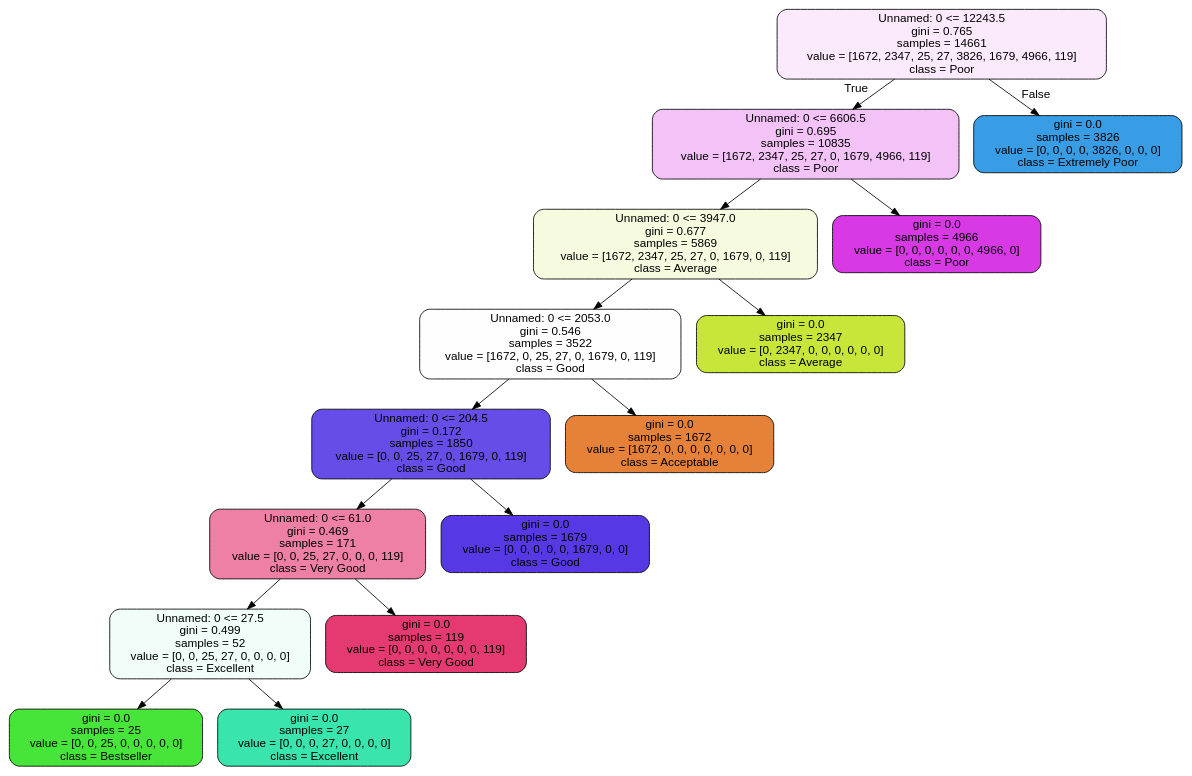
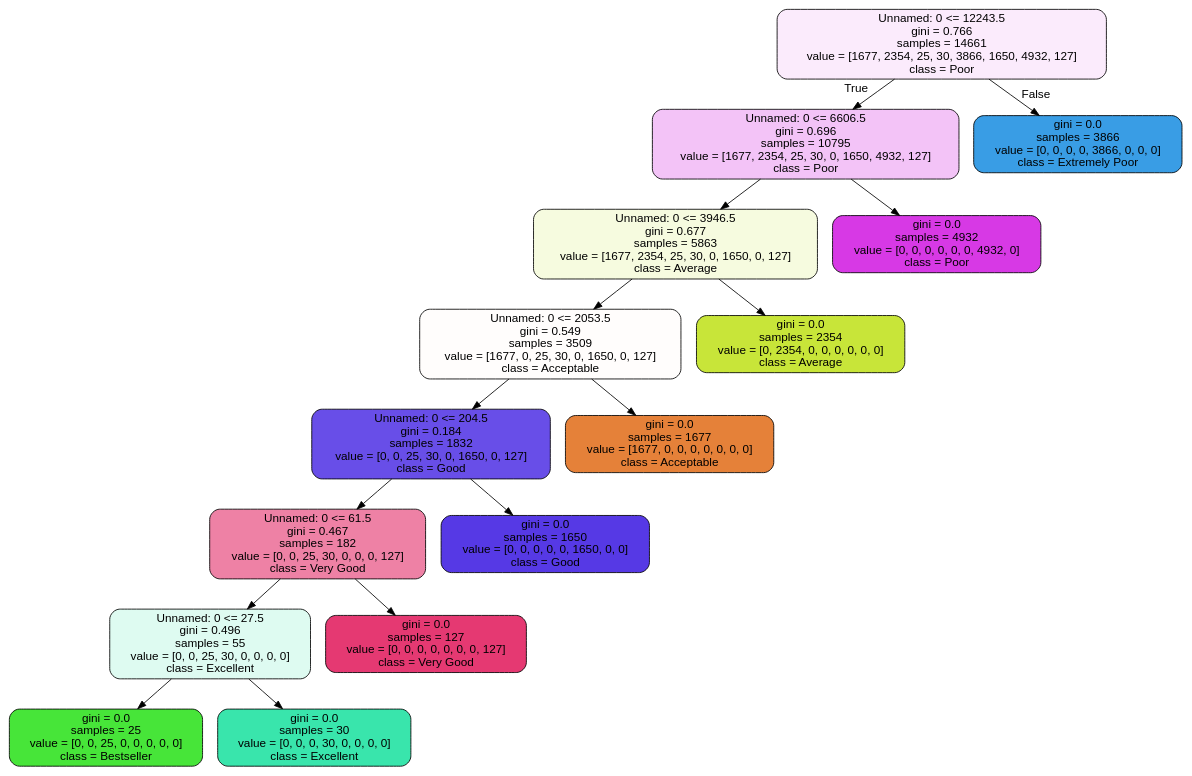
One commit to Arkiralor/MachineLearning changed the diagram in graphviz/vgsale_tree.dot. Above: the diagram before and after it, drawn with Graphviz. The commit also changed 3 other files, not shown here.

```diff
--- a/graphviz/vgsale_tree.dot
+++ b/graphviz/vgsale_tree.dot
@@ -1,33 +1,33 @@
 digraph Tree {
 node [shape=box, style="filled, rounded", color="black", fontname="helvetica"] ;
 edge [fontname="helvetica"] ;
-0 [label="Unnamed: 0 <= 12243.5\ngini = 0.765\nsamples = 14661\nvalue = [1672, 2347, 25, 27, 3826, 1679, 4966, 119]\nclass = Poor", fillcolor="#fbeafc"] ;
-1 [label="Unnamed: 0 <= 6606.5\ngini = 0.695\nsamples = 10835\nvalue = [1672, 2347, 25, 27, 0, 1679, 4966, 119]\nclass = Poor", fillcolor="#f3c2f7"] ;
+0 [label="Unnamed: 0 <= 12243.5\ngini = 0.766\nsamples = 14661\nvalue = [1677, 2354, 25, 30, 3866, 1650, 4932, 127]\nclass = Poor", fillcolor="#fbebfc"] ;
+1 [label="Unnamed: 0 <= 6606.5\ngini = 0.696\nsamples = 10795\nvalue = [1677, 2354, 25, 30, 0, 1650, 4932, 127]\nclass = Poor", fillcolor="#f3c3f7"] ;
 0 -> 1 [labeldistance=2.5, labelangle=45, headlabel="True"] ;
-2 [label="Unnamed: 0 <= 3947.0\ngini = 0.677\nsamples = 5869\nvalue = [1672, 2347, 25, 27, 0, 1679, 0, 119]\nclass = Average", fillcolor="#f6fbdf"] ;
+2 [label="Unnamed: 0 <= 3946.5\ngini = 0.677\nsamples = 5863\nvalue = [1677, 2354, 25, 30, 0, 1650, 0, 127]\nclass = Average", fillcolor="#f6fbdf"] ;
 1 -> 2 ;
-3 [label="Unnamed: 0 <= 2053.0\ngini = 0.546\nsamples = 3522\nvalue = [1672, 0, 25, 27, 0, 1679, 0, 119]\nclass = Good", fillcolor="#fefeff"] ;
+3 [label="Unnamed: 0 <= 2053.5\ngini = 0.549\nsamples = 3509\nvalue = [1677, 0, 25, 30, 0, 1650, 0, 127]\nclass = Acceptable", fillcolor="#fffdfc"] ;
 2 -> 3 ;
-4 [label="Unnamed: 0 <= 204.5\ngini = 0.172\nsamples = 1850\nvalue = [0, 0, 25, 27, 0, 1679, 0, 119]\nclass = Good", fillcolor="#674de8"] ;
+4 [label="Unnamed: 0 <= 204.5\ngini = 0.184\nsamples = 1832\nvalue = [0, 0, 25, 30, 0, 1650, 0, 127]\nclass = Good", fillcolor="#684ee8"] ;
 3 -> 4 ;
-5 [label="Unnamed: 0 <= 61.0\ngini = 0.469\nsamples = 171\nvalue = [0, 0, 25, 27, 0, 0, 0, 119]\nclass = Very Good", fillcolor="#ee80a5"] ;
+5 [label="Unnamed: 0 <= 61.5\ngini = 0.467\nsamples = 182\nvalue = [0, 0, 25, 30, 0, 0, 0, 127]\nclass = Very Good", fillcolor="#ee81a5"] ;
 4 -> 5 ;
-6 [label="Unnamed: 0 <= 27.5\ngini = 0.499\nsamples = 52\nvalue = [0, 0, 25, 27, 0, 0, 0, 0]\nclass = Excellent", fillcolor="#f0fdf9"] ;
+6 [label="Unnamed: 0 <= 27.5\ngini = 0.496\nsamples = 55\nvalue = [0, 0, 25, 30, 0, 0, 0, 0]\nclass = Excellent", fillcolor="#defbf1"] ;
 5 -> 6 ;
 7 [label="gini = 0.0\nsamples = 25\nvalue = [0, 0, 25, 0, 0, 0, 0, 0]\nclass = Bestseller", fillcolor="#47e539"] ;
 6 -> 7 ;
-8 [label="gini = 0.0\nsamples = 27\nvalue = [0, 0, 0, 27, 0, 0, 0, 0]\nclass = Excellent", fillcolor="#39e5ac"] ;
+8 [label="gini = 0.0\nsamples = 30\nvalue = [0, 0, 0, 30, 0, 0, 0, 0]\nclass = Excellent", fillcolor="#39e5ac"] ;
 6 -> 8 ;
-9 [label="gini = 0.0\nsamples = 119\nvalue = [0, 0, 0, 0, 0, 0, 0, 119]\nclass = Very Good", fillcolor="#e53972"] ;
+9 [label="gini = 0.0\nsamples = 127\nvalue = [0, 0, 0, 0, 0, 0, 0, 127]\nclass = Very Good", fillcolor="#e53972"] ;
 5 -> 9 ;
-10 [label="gini = 0.0\nsamples = 1679\nvalue = [0, 0, 0, 0, 0, 1679, 0, 0]\nclass = Good", fillcolor="#5639e5"] ;
+10 [label="gini = 0.0\nsamples = 1650\nvalue = [0, 0, 0, 0, 0, 1650, 0, 0]\nclass = Good", fillcolor="#5639e5"] ;
 4 -> 10 ;
-11 [label="gini = 0.0\nsamples = 1672\nvalue = [1672, 0, 0, 0, 0, 0, 0, 0]\nclass = Acceptable", fillcolor="#e58139"] ;
+11 [label="gini = 0.0\nsamples = 1677\nvalue = [1677, 0, 0, 0, 0, 0, 0, 0]\nclass = Acceptable", fillcolor="#e58139"] ;
 3 -> 11 ;
-12 [label="gini = 0.0\nsamples = 2347\nvalue = [0, 2347, 0, 0, 0, 0, 0, 0]\nclass = Average", fillcolor="#c8e539"] ;
+12 [label="gini = 0.0\nsamples = 2354\nvalue = [0, 2354, 0, 0, 0, 0, 0, 0]\nclass = Average", fillcolor="#c8e539"] ;
 2 -> 12 ;
-13 [label="gini = 0.0\nsamples = 4966\nvalue = [0, 0, 0, 0, 0, 0, 4966, 0]\nclass = Poor", fillcolor="#d739e5"] ;
+13 [label="gini = 0.0\nsamples = 4932\nvalue = [0, 0, 0, 0, 0, 0, 4932, 0]\nclass = Poor", fillcolor="#d739e5"] ;
 1 -> 13 ;
-14 [label="gini = 0.0\nsamples = 3826\nvalue = [0, 0, 0, 0, 3826, 0, 0, 0]\nclass = Extremely Poor", fillcolor="#399de5"] ;
+14 [label="gini = 0.0\nsamples = 3866\nvalue = [0, 0, 0, 0, 3866, 0, 0, 0]\nclass = Extremely Poor", fillcolor="#399de5"] ;
 0 -> 14 [labeldistance=2.5, labelangle=-45, headlabel="False"] ;
 }
```
